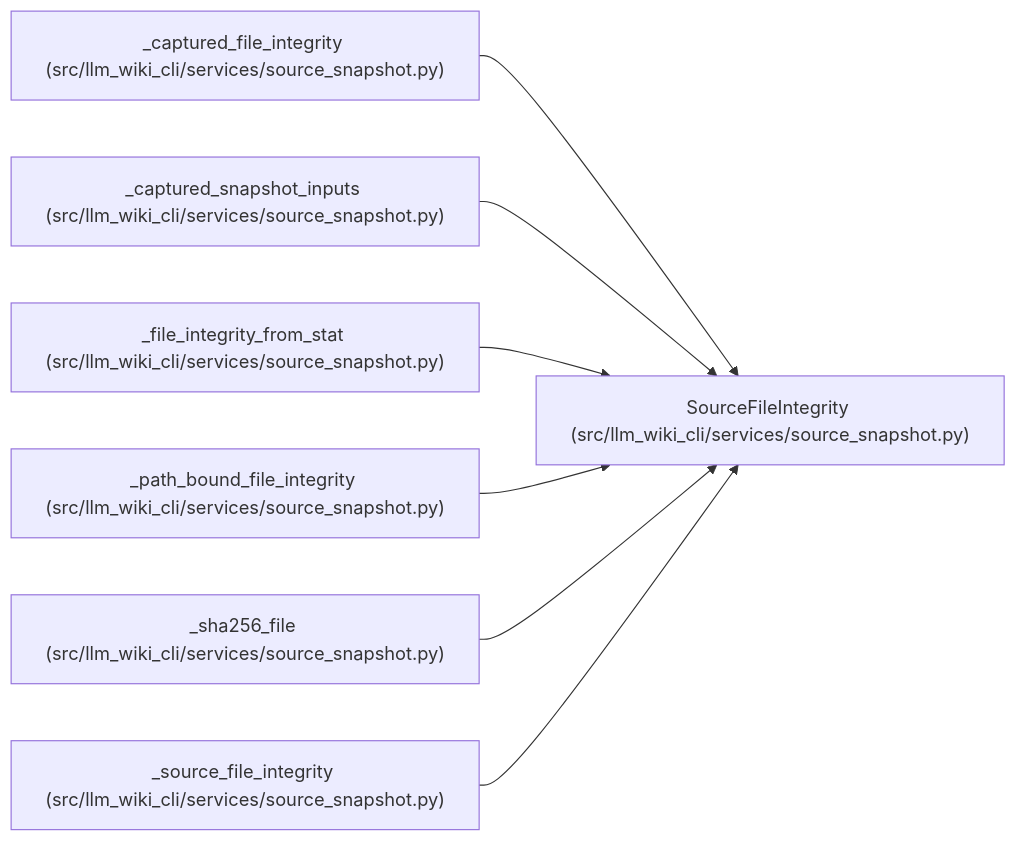
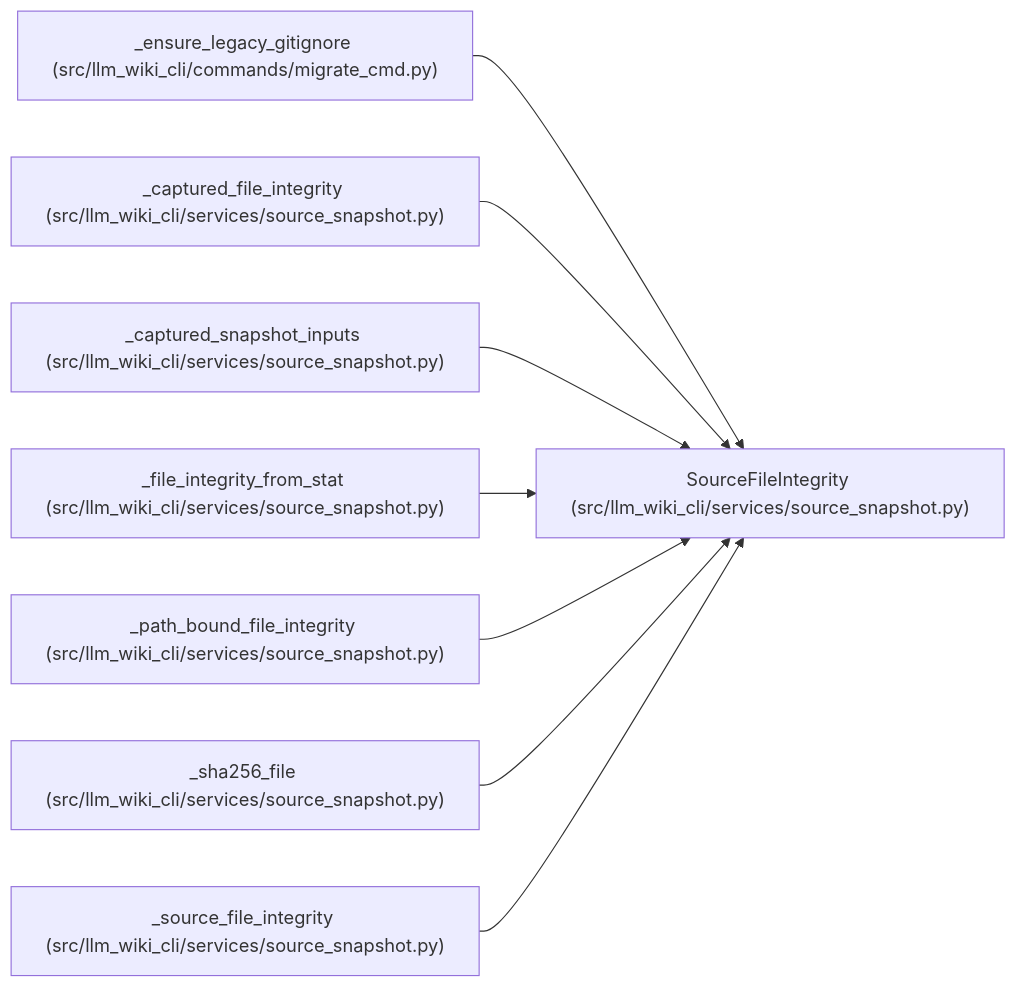
The diagram in docs/llm_wiki/entities/SourceFileIntegrity.md (Denissvgn/python-wiki-llm), drawn with Mermaid before and after one commit. The commit also changed other lines of this file and 268 other files, not shown here.

````diff
--- a/docs/llm_wiki/entities/SourceFileIntegrity.md
+++ b/docs/llm_wiki/entities/SourceFileIntegrity.md
@@ -32,23 +32,26 @@
 ```mermaid
 flowchart LR
     n0["SourceFileIntegrity (src/llm_wiki_cli/services/source_snapshot.py)"]
-    n1["_captured_file_integrity (src/llm_wiki_cli/services/source_snapshot.py)"]
-    n2["_captured_snapshot_inputs (src/llm_wiki_cli/services/source_snapshot.py)"]
-    n3["_file_integrity_from_stat (src/llm_wiki_cli/services/source_snapshot.py)"]
-    n4["_path_bound_file_integrity (src/llm_wiki_cli/services/source_snapshot.py)"]
-    n5["_sha256_file (src/llm_wiki_cli/services/source_snapshot.py)"]
-    n6["_source_file_integrity (src/llm_wiki_cli/services/source_snapshot.py)"]
+    n1["_ensure_legacy_gitignore (src/llm_wiki_cli/commands/migrate_cmd.py)"]
+    n2["_captured_file_integrity (src/llm_wiki_cli/services/source_snapshot.py)"]
+    n3["_captured_snapshot_inputs (src/llm_wiki_cli/services/source_snapshot.py)"]
+    n4["_file_integrity_from_stat (src/llm_wiki_cli/services/source_snapshot.py)"]
+    n5["_path_bound_file_integrity (src/llm_wiki_cli/services/source_snapshot.py)"]
+    n6["_sha256_file (src/llm_wiki_cli/services/source_snapshot.py)"]
+    n7["_source_file_integrity (src/llm_wiki_cli/services/source_snapshot.py)"]
     n1 --> n0
     n2 --> n0
     n3 --> n0
     n4 --> n0
     n5 --> n0
     n6 --> n0
+    n7 --> n0
     click n0 "../modules/source_snapshot.md"
-    click n1 "../modules/source_snapshot.md"
+    click n1 "../modules/migrate_cmd.md"
     click n2 "../modules/source_snapshot.md"
     click n3 "../modules/source_snapshot.md"
     click n4 "../modules/source_snapshot.md"
     click n5 "../modules/source_snapshot.md"
     click n6 "../modules/source_snapshot.md"
+    click n7 "../modules/source_snapshot.md"
 ```
````
